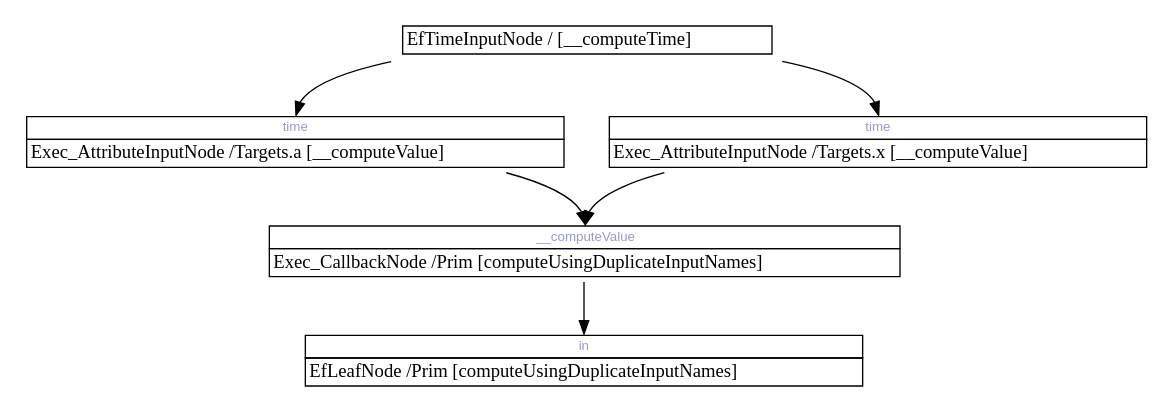
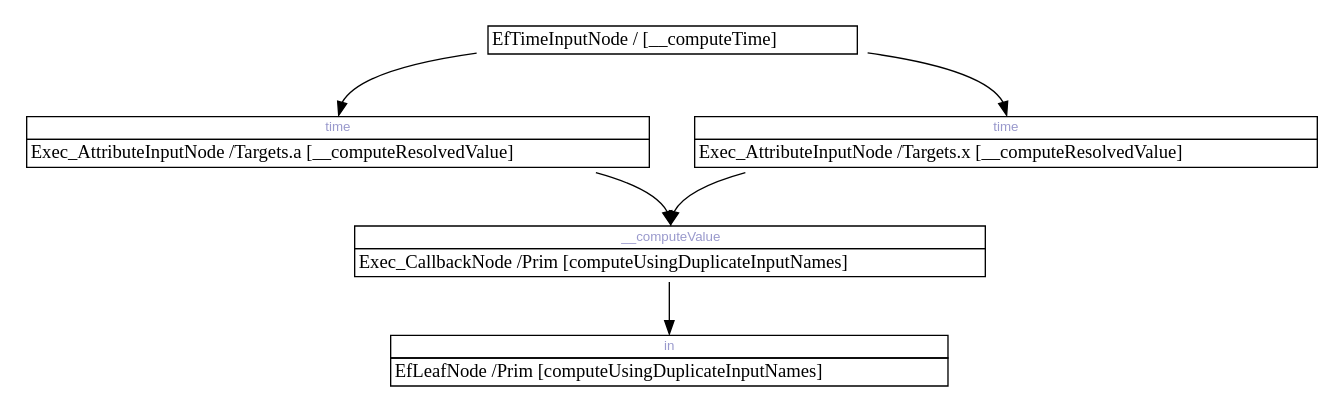
Before and after one commit to cpichard/USD: the diagram in pxr/exec/execUsd/testenv/testExecUsdRecompilation/baseline/TestRecompileDuplicateInputNames-1.dot, drawn with Graphviz. The commit also changed 45 other files, not shown here.

First line of the commit message:
OpenExec: Introduce attribute expressions

```diff
--- a/pxr/exec/execUsd/testenv/testExecUsdRecompilation/baseline/TestRecompileDuplicateInputNames-1.dot
+++ b/pxr/exec/execUsd/testenv/testExecUsdRecompilation/baseline/TestRecompileDuplicateInputNames-1.dot
@@ -1,39 +1,39 @@
 digraph network {
 	rankdir=TB;
 	page="8.5, 11";
 
 	node [shape=plaintext];
 		"0x7f562aee04e0" [label=<
 		<TABLE BORDER="0" CELLBORDER="1" CELLSPACING="0">
 			<TR><TD COLSPAN="1"> EfTimeInputNode / [__computeTime] </TD></TR>
 		</TABLE>>];
 	node [shape=plaintext];
 		"0x7f562ee30400" [label=<
 		<TABLE BORDER="0" CELLBORDER="1" CELLSPACING="0">
 			<TR><TD PORT="0x7f5625d04900" COLSPAN="1"><FONT POINT-SIZE="10" FACE="Arial" COLOR="#9999cc">time</FONT></TD></TR>
-			<TR><TD COLSPAN="1"> Exec_AttributeInputNode /Targets.a [__computeValue] </TD></TR>
+			<TR><TD COLSPAN="1"> Exec_AttributeInputNode /Targets.a [__computeResolvedValue] </TD></TR>
 		</TABLE>>];
 	node [shape=plaintext];
 		"0x7f562802fa00" [label=<
 		<TABLE BORDER="0" CELLBORDER="1" CELLSPACING="0">
 			<TR><TD PORT="0x7f5625bb0e00" COLSPAN="1"><FONT POINT-SIZE="10" FACE="Arial" COLOR="#9999cc">time</FONT></TD></TR>
-			<TR><TD COLSPAN="1"> Exec_AttributeInputNode /Targets.x [__computeValue] </TD></TR>
+			<TR><TD COLSPAN="1"> Exec_AttributeInputNode /Targets.x [__computeResolvedValue] </TD></TR>
 		</TABLE>>];
 	node [shape=plaintext];
 		"0x7f563171d470" [label=<
 		<TABLE BORDER="0" CELLBORDER="1" CELLSPACING="0">
 			<TR><TD PORT="0x7f5635ae53d0" COLSPAN="1"><FONT POINT-SIZE="10" FACE="Arial" COLOR="#9999cc">__computeValue</FONT></TD></TR>
 			<TR><TD COLSPAN="1"> Exec_CallbackNode /Prim [computeUsingDuplicateInputNames] </TD></TR>
 		</TABLE>>];
 	node [shape=plaintext];
 		"0x7f5635ae91c0" [label=<
 		<TABLE BORDER="0" CELLBORDER="1" CELLSPACING="0">
 			<TR><TD PORT="0x7f560b48edc0" COLSPAN="1"><FONT POINT-SIZE="10" FACE="Arial" COLOR="#9999cc">in</FONT></TD></TR>
 			<TR><TD COLSPAN="1"> EfLeafNode /Prim [computeUsingDuplicateInputNames] </TD></TR>
 		</TABLE>>];
 		"0x7f562aee04e0" -> "0x7f562ee30400":"0x7f5625d04900":n;
 		"0x7f562aee04e0" -> "0x7f562802fa00":"0x7f5625bb0e00":n;
 		"0x7f562ee30400" -> "0x7f563171d470":"0x7f5635ae53d0":n;
 		"0x7f562802fa00" -> "0x7f563171d470":"0x7f5635ae53d0":n;
 		"0x7f563171d470" -> "0x7f5635ae91c0":"0x7f560b48edc0":n;
 }
```
